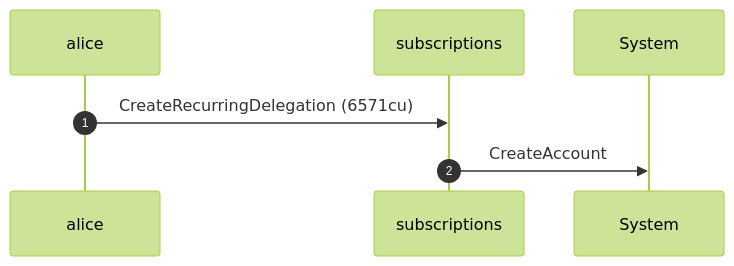
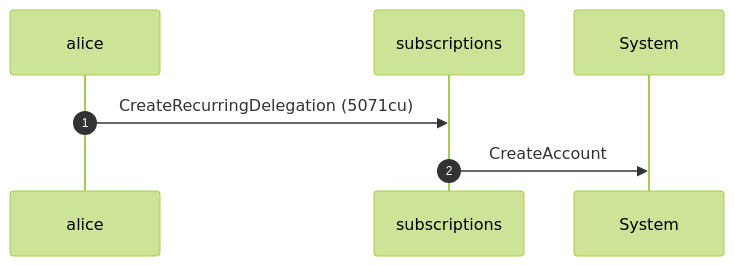
The fifth of 12 diagrams in dsl_tests/a-zero-expiry-means-no-expiry.md (cds-rs/subscriptions), drawn with Mermaid (forest theme) before and after one commit. The commit also changed other lines of this file and 224 other files, not shown here.

````diff
--- a/dsl_tests/a-zero-expiry-means-no-expiry.md
+++ b/dsl_tests/a-zero-expiry-means-no-expiry.md
@@ -106,9 +112,9 @@
 ```mermaid
 sequenceDiagram
     autonumber
     participant alice
     participant subscriptions
     participant System
-    alice ->> subscriptions: CreateRecurringDelegation (6571cu)
+    alice ->> subscriptions: CreateRecurringDelegation (5071cu)
     subscriptions ->> System: CreateAccount
 ```
````
